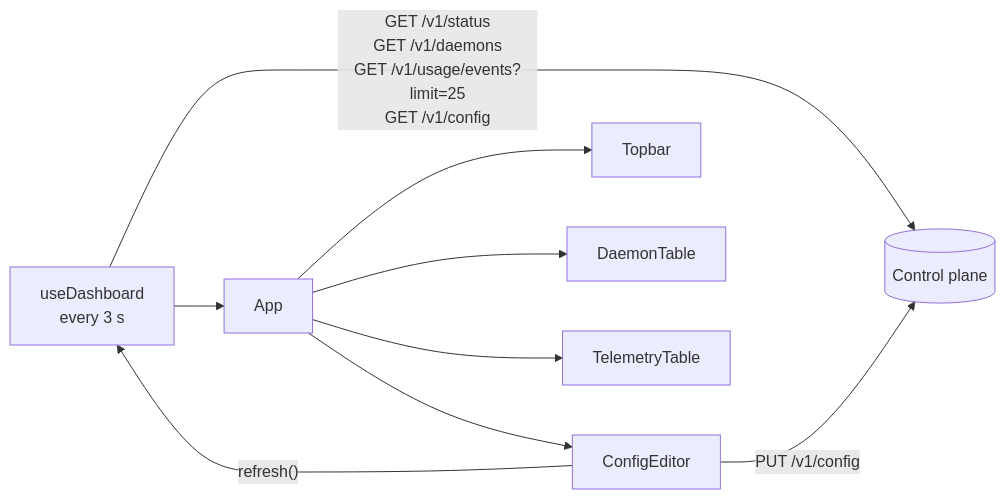
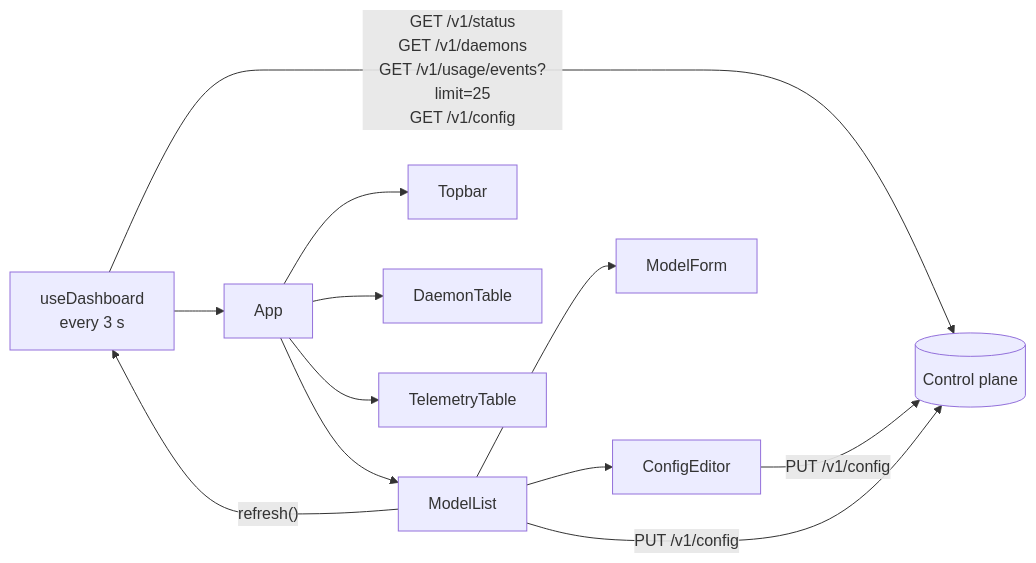
The diagram in docs/L2-detailed-design/web.md (stkevintan/oneflow), drawn with Mermaid before and after one commit. The commit also changed other lines of this file and 11 other files, not shown here.

First line of the commit message:
dashboard: model list and form, usage filters

````diff
--- a/docs/L2-detailed-design/web.md
+++ b/docs/L2-detailed-design/web.md
@@ -42,11 +44,14 @@
 ```mermaid
 flowchart LR
     hook[useDashboard<br/>every 3 s] -- GET /v1/status<br/>GET /v1/daemons<br/>GET /v1/usage/events?limit=25<br/>GET /v1/config --> cp[(Control plane)]
     hook --> app[App]
     app --> top[Topbar]
     app --> dt[DaemonTable]
     app --> tt[TelemetryTable]
-    app --> ce[ConfigEditor]
+    app --> ml[ModelList]
+    ml --> mf[ModelForm]
+    ml --> ce[ConfigEditor]
+    ml -- PUT /v1/config --> cp
     ce -- PUT /v1/config --> cp
-    ce -- refresh() --> hook
+    ml -- refresh() --> hook
 ```
````
